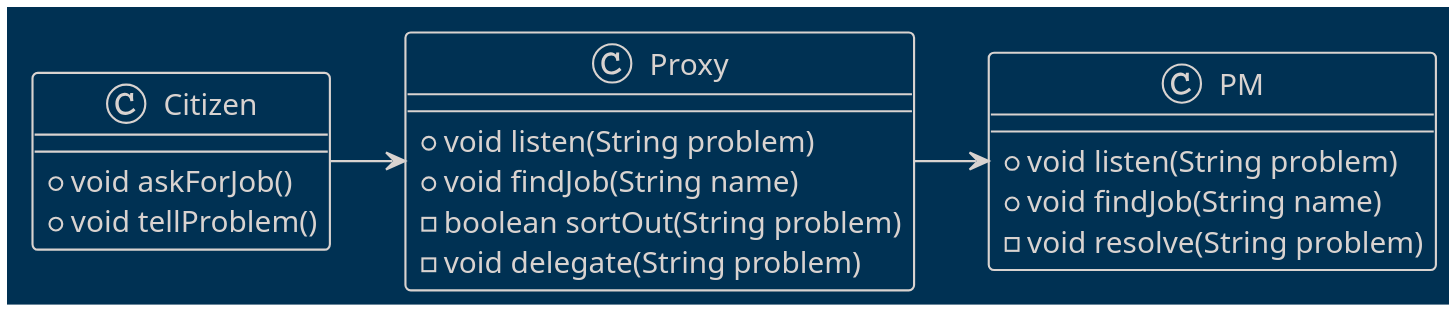
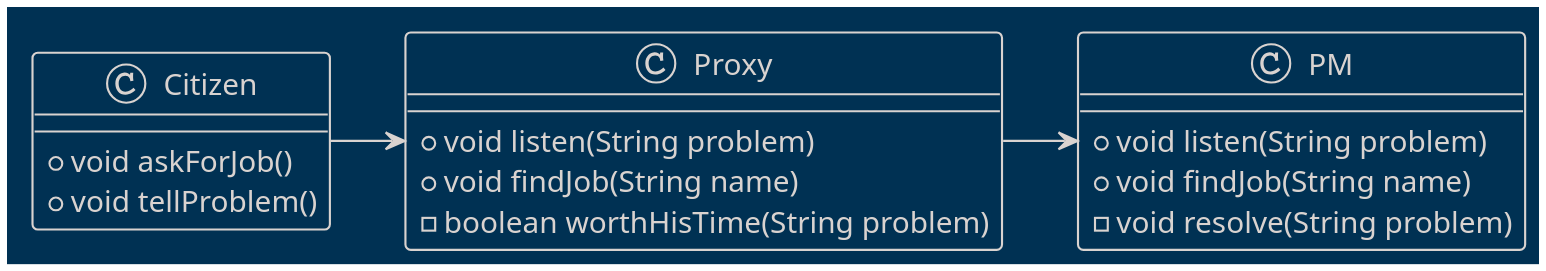
One commit to kaldiroglu/DesignPatternsWithJava changed the diagram in src/main/java/dev/kaldiroglu/dp/structural/proxy/pm/pm2/CD.puml. Above: the diagram before and after it, drawn with PlantUML. The commit also changed 145 other files, not shown here.

Commit message:
Structural diagrams: each parent above and centered over its children, on one row, with straight lines; pm and pluggable adapter diagrams name the current methods and classes

```diff
--- a/src/main/java/dev/kaldiroglu/dp/structural/proxy/pm/pm2/CD.puml
+++ b/src/main/java/dev/kaldiroglu/dp/structural/proxy/pm/pm2/CD.puml
@@ -1,24 +1,23 @@
 @startuml
 skinparam dpi 300
 
 !theme blueprint
 class Citizen{
    + void askForJob()
    + void tellProblem()
 }
 
 class Proxy{
   + void listen(String problem)
   + void findJob(String name)
-  - boolean sortOut(String problem)
-  - void delegate(String problem)
+  - boolean worthHisTime(String problem)
 }
 
 class PM{
   + void listen(String problem)
   + void findJob(String name)
   - void resolve(String problem)
 }
 Citizen -> Proxy
 Proxy -> PM
 @enduml
```
